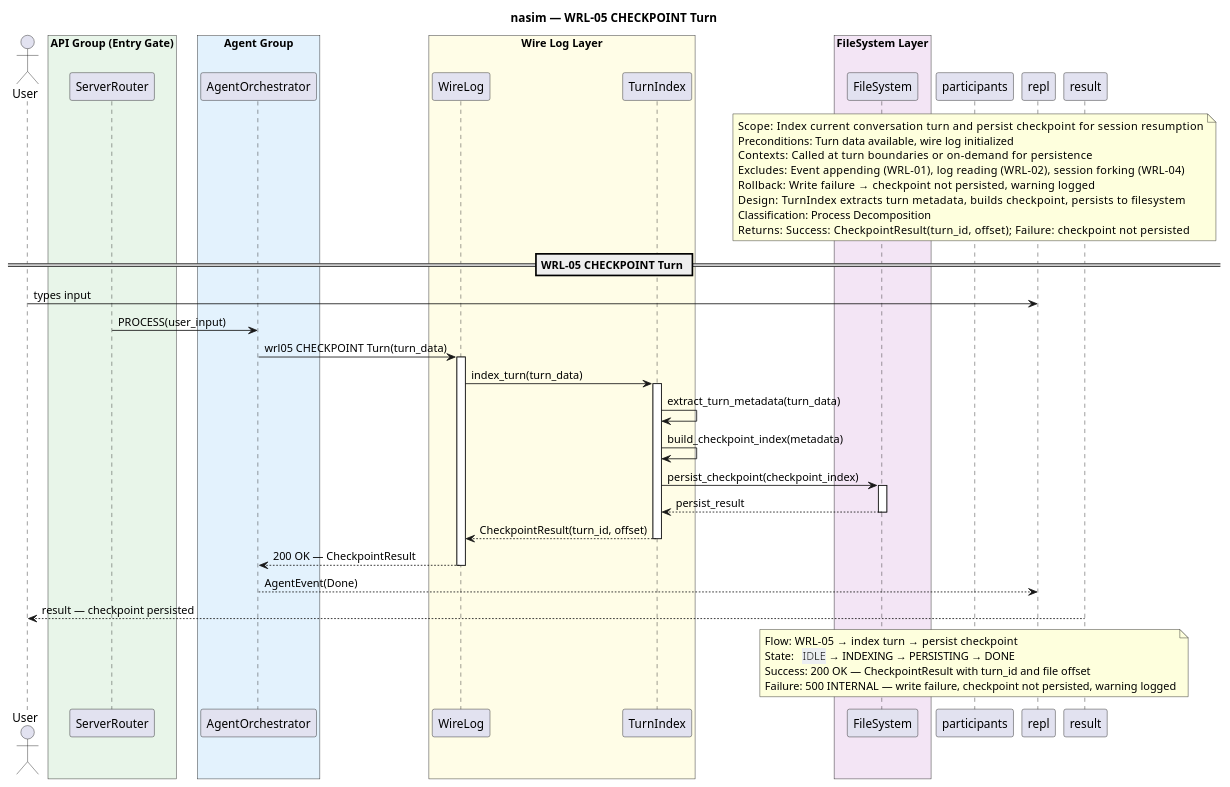
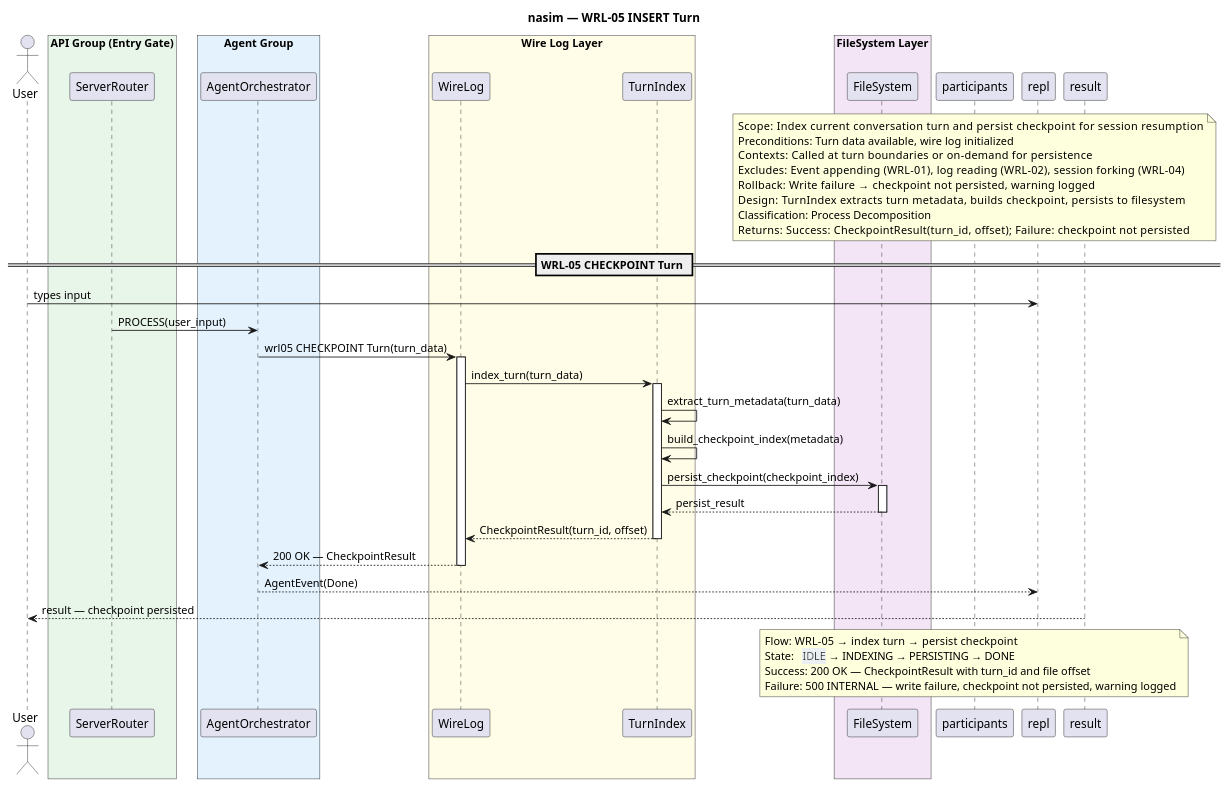
Before and after one commit to salimnamvar/nasim: the diagram in docs/SQ/WRL/sq_wrl05_checkpoint_turn.puml, drawn with PlantUML. The commit also changed 113 other files, not shown here.

First line of the commit message:
docs: Refactor sequence diagrams for improved clarity and structure

```diff
--- a/docs/SQ/WRL/sq_wrl05_checkpoint_turn.puml
+++ b/docs/SQ/WRL/sq_wrl05_checkpoint_turn.puml
@@ -1,77 +1,77 @@
 @startuml sq_wrl05_checkpoint_turn
 ' ============================================================
 ' Title:     WRL-05 — CHECKPOINT Turn
 ' Boundary:  nasim code agent
 ' Purpose:   Index current turn and persist checkpoint for resumption
 ' Milestone: v1.0
 ' Version:   8.0.0
 ' Source:    CAR refinement loop — API-First transformation
 ' Review:    docs/SQ/README.md
 ' ============================================================
 
-title nasim — WRL-05 CHECKPOINT Turn
+title nasim — WRL-05 INSERT Turn
 
 actor "User" as user
 
 box "API Group (Entry Gate)" #E8F5E9
   participant "ServerRouter" as router
 end box
 box "Agent Group" #E3F2FD
   participant "AgentOrchestrator" as agent
 end box
 box "Wire Log Layer" #FFFDE7
   participant "WireLog" as wl
   participant "TurnIndex" as ti
 end box
 box "FileSystem Layer" #F3E5F5
   participant "FileSystem" as fs
 end box
 
 note over participants
   Scope:          Index current conversation turn and persist checkpoint for session resumption
   Preconditions:  Turn data available, wire log initialized
   Contexts:       Called at turn boundaries or on-demand for persistence
   Excludes:       Event appending (WRL-01), log reading (WRL-02), session forking (WRL-04)
   Rollback:       Write failure → checkpoint not persisted, warning logged
   Design:         TurnIndex extracts turn metadata, builds checkpoint, persists to filesystem
   Classification: Process Decomposition
   Returns:        Success: CheckpointResult(turn_id, offset); Failure: checkpoint not persisted
 end note
 
 == WRL-05 CHECKPOINT Turn ==
 
 user -> repl : types input
 router -> agent : PROCESS(user_input)
 
 agent -> wl : wrl05 CHECKPOINT Turn(turn_data)
 activate wl
 
 wl -> ti : index_turn(turn_data)
 activate ti
 
 ti -> ti : extract_turn_metadata(turn_data)
 
 ti -> ti : build_checkpoint_index(metadata)
 
 ti -> fs : persist_checkpoint(checkpoint_index)
 activate fs
 fs --> ti : persist_result
 deactivate fs
 
 ti --> wl : CheckpointResult(turn_id, offset)
 deactivate ti
 
 wl --> agent : 200 OK — CheckpointResult
 deactivate wl
 
 agent --> repl : AgentEvent(Done)
 result --> user : result — checkpoint persisted
 
 note over participants
   Flow:    WRL-05 → index turn → persist checkpoint
   State:   <back:#ECEFF1>IDLE</back> → INDEXING → PERSISTING → DONE
   Success: 200 OK — CheckpointResult with turn_id and file offset
   Failure: 500 INTERNAL — write failure, checkpoint not persisted, warning logged
 end note
 
 @enduml
```
